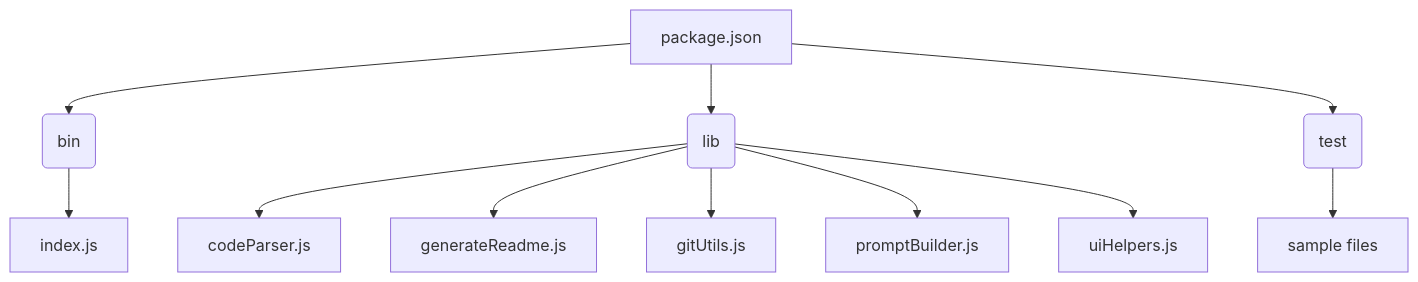
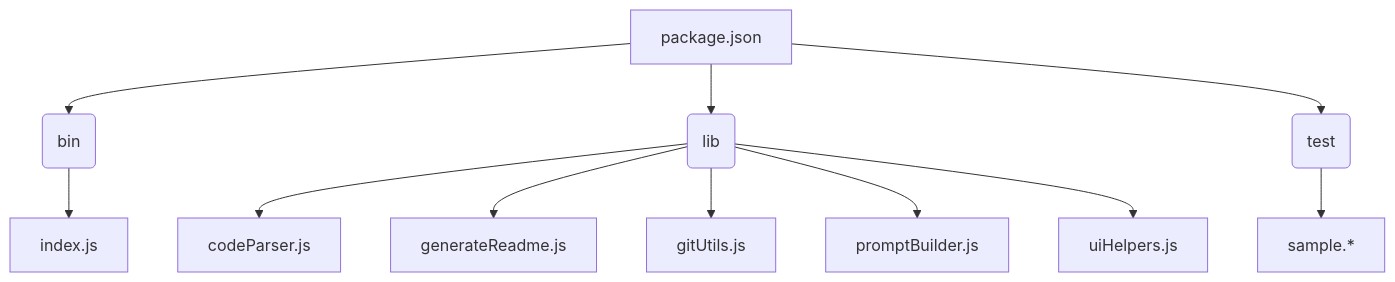
Before and after one commit to PIYUSH1SAINI/ReadMe-wiz: the second of 2 diagrams in README.md, drawn with Mermaid. The commit also changed other lines of this file and 3 other files, not shown here.

````diff
--- a/README.md
+++ b/README.md
@@ -45,14 +54,14 @@
 ```mermaid
 graph TD
     A[package.json] --> B(bin);
     B --> C[index.js];
     A --> D(lib);
     D --> E[codeParser.js];
     D --> F[generateReadme.js];
     D --> G[gitUtils.js];
     D --> H[promptBuilder.js];
     D --> I[uiHelpers.js];
     A --> J(test);
-    J --> K[sample files];
+    J --> K[sample.*];
 
 ```
````
